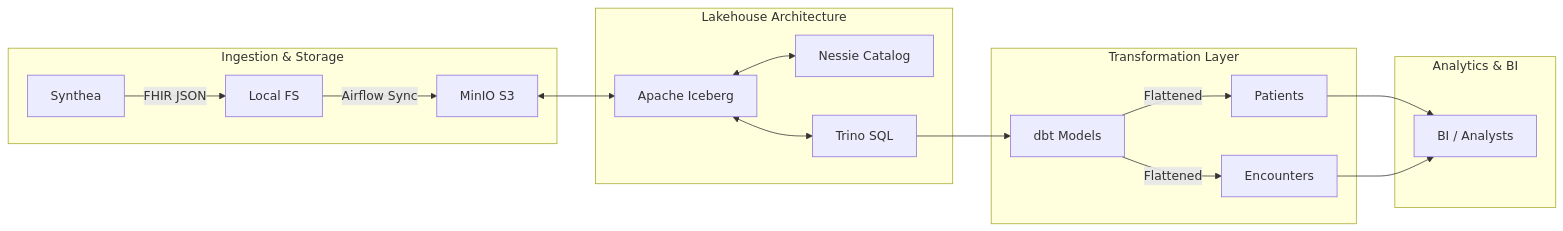
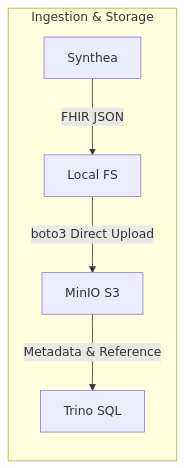
Before and after one commit to meedaycodes/healthcare-data-mesh: the diagram in README.md, drawn with Mermaid. The commit also changed other lines of this file and 21 other files, not shown here.

````diff
--- a/README.md
+++ b/README.md
@@ -37,24 +39,8 @@
 ```mermaid
 graph LR
     subgraph "Ingestion & Storage"
         S[Synthea] -->|FHIR JSON| L[Local FS]
-        L -->|Airflow Sync| M[MinIO S3]
-    end
-
-    subgraph "Lakehouse Architecture"
-        M <--> I[Apache Iceberg]
-        I <--> N[Nessie Catalog]
-        I <--> T[Trino SQL]
-    end
-
-    subgraph "Transformation Layer"
-        T --> D[dbt Models]
-        D -->|Flattened| P[Patients]
-        D -->|Flattened| E[Encounters]
-    end
-
-    subgraph "Analytics & BI"
-        P --> A[BI / Analysts]
-        E --> A
+        L -->|boto3 Direct Upload| M[MinIO S3]
+        M -->|Metadata & Reference| T[Trino SQL]
     end
 ```
````
